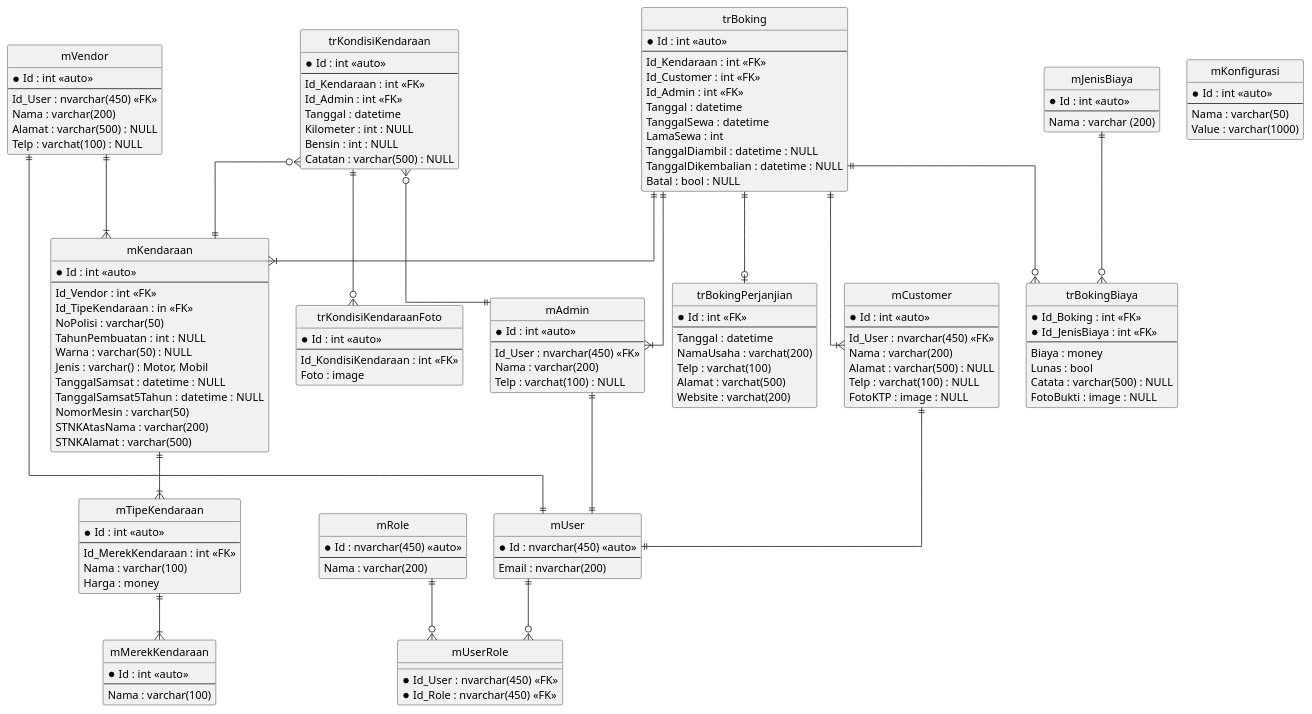
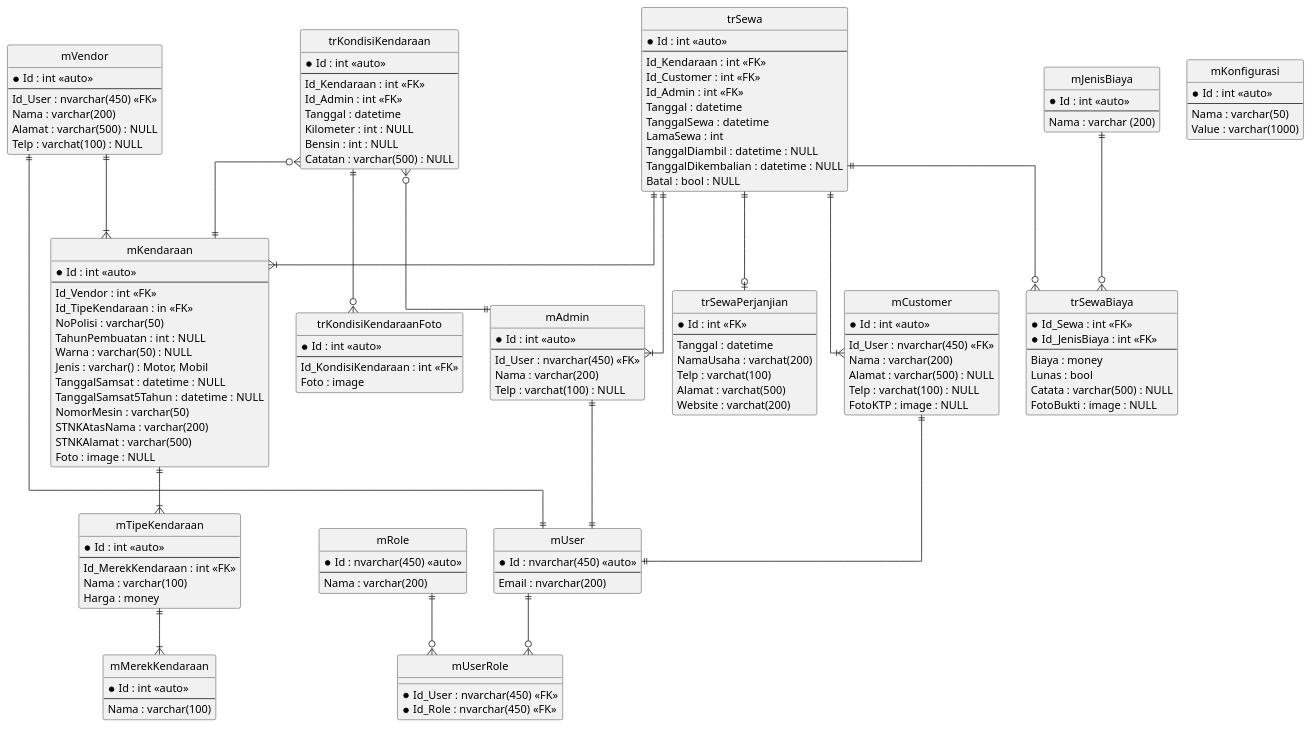
One commit to debayus/rentcar changed the diagram in diagram/8. erd.pu. Above: the diagram before and after it, drawn with PlantUML. The commit also changed 1 other file, not shown here.

```diff
--- a/diagram/8. erd.pu
+++ b/diagram/8. erd.pu
@@ -1,166 +1,167 @@
 @startuml erd
 
 hide circle
 skinparam linetype ortho
 
 entity "mUser" as mUser {
     *Id : nvarchar(450) <<auto>>
     --
     Email : nvarchar(200)
 }
 
 entity "mRole" as mRole {
     *Id : nvarchar(450) <<auto>>
     --
     Nama : varchar(200)
 }
 
 entity "mUserRole" as mUserRole {
     *Id_User : nvarchar(450) <<FK>>
     *Id_Role : nvarchar(450) <<FK>>
 }
 
 entity "mVendor" as mVendor {
     *Id : int <<auto>>
     --
     Id_User : nvarchar(450) <<FK>>
     Nama : varchar(200)
     Alamat : varchar(500) : NULL
     Telp : varchat(100) : NULL
 }
 
 entity "mAdmin" as mAdmin {
     *Id : int <<auto>>
     --
     Id_User : nvarchar(450) <<FK>>
     Nama : varchar(200)
     Telp : varchat(100) : NULL
 }
 
 entity "mCustomer" as mCustomer {
     *Id : int <<auto>>
     --
     Id_User : nvarchar(450) <<FK>>
     Nama : varchar(200)
     Alamat : varchar(500) : NULL
     Telp : varchat(100) : NULL
     FotoKTP : image : NULL
 }
 
 entity "mMerekKendaraan" as mMerekKendaraan {
     *Id : int <<auto>>
     --
     Nama : varchar(100)
 }
 
 entity "mTipeKendaraan" as mTipeKendaraan {
     *Id : int <<auto>>
     --
     Id_MerekKendaraan : int <<FK>>
     Nama : varchar(100)
     Harga : money
 }
 
 entity "mKendaraan" as mKendaraan {
     *Id : int <<auto>>
     --
     Id_Vendor : int <<FK>>
     Id_TipeKendaraan : in <<FK>> 
     NoPolisi : varchar(50)
     TahunPembuatan : int : NULL
     Warna : varchar(50) : NULL
     Jenis : varchar() : Motor, Mobil
     TanggalSamsat : datetime : NULL
     TanggalSamsat5Tahun : datetime : NULL
     NomorMesin : varchar(50)
     STNKAtasNama : varchar(200)
     STNKAlamat : varchar(500)
+    Foto : image : NULL
 }
 
 entity "trKondisiKendaraan" as trKondisiKendaraan {
     *Id : int <<auto>>
     --
     Id_Kendaraan : int <<FK>>
     Id_Admin : int <<FK>>
     Tanggal : datetime
     Kilometer : int : NULL
     Bensin : int : NULL
     Catatan : varchar(500) : NULL
 }
 
 entity "trKondisiKendaraanFoto" as trKondisiKendaraanFoto {
     *Id : int <<auto>>
     --
     Id_KondisiKendaraan : int <<FK>>
     Foto : image
 }
 
-entity "trBoking" as trBoking {
+entity "trSewa" as trSewa {
     *Id : int <<auto>>
     --
     Id_Kendaraan : int <<FK>>
     Id_Customer : int <<FK>>
     Id_Admin : int <<FK>>
     Tanggal : datetime
     TanggalSewa : datetime
     LamaSewa : int
     TanggalDiambil : datetime : NULL
     TanggalDikembalian : datetime : NULL
     Batal : bool : NULL
 }
 
-entity "trBokingPerjanjian" as trBokingPerjanjian {
+entity "trSewaPerjanjian" as trSewaPerjanjian {
     *Id : int <<FK>>
     --
     Tanggal : datetime
     NamaUsaha : varchat(200)
     Telp : varchat(100)
     Alamat : varchat(500)
     Website : varchat(200)
 }
 
-entity "trBokingBiaya" as trBokingBiaya {
-    *Id_Boking : int <<FK>>
+entity "trSewaBiaya" as trSewaBiaya {
+    *Id_Sewa : int <<FK>>
     *Id_JenisBiaya : int <<FK>>
     --
     Biaya : money
     Lunas : bool
     Catata : varchar(500) : NULL
     FotoBukti : image : NULL
 }
 
 entity "mJenisBiaya" as mJenisBiaya {
     *Id : int <<auto>>
     --
     Nama : varchar (200)
 }
 
 entity "mKonfigurasi" as mKonfigurasi {
     *Id : int <<auto>>
     --
     Nama : varchar(50)
     Value : varchar(1000)
 }
 
 mUser ||--o{ mUserRole
 mRole ||--o{ mUserRole
 mVendor ||--|| mUser
 mAdmin ||--|| mUser
 mCustomer ||--|| mUser
 mVendor ||--|{ mKendaraan
 
 trKondisiKendaraan }o--|| mKendaraan
 trKondisiKendaraan }o--|| mAdmin
 trKondisiKendaraan ||--o{ trKondisiKendaraanFoto
 
-trBoking ||--|{ mKendaraan
-trBoking ||--|{ mCustomer
-trBoking ||--|{ mAdmin
-trBoking ||--o| trBokingPerjanjian
-trBoking ||--o{ trBokingBiaya
-mJenisBiaya ||--o{ trBokingBiaya
+trSewa ||--|{ mKendaraan
+trSewa ||--|{ mCustomer
+trSewa ||--|{ mAdmin
+trSewa ||--o| trSewaPerjanjian
+trSewa ||--o{ trSewaBiaya
+mJenisBiaya ||--o{ trSewaBiaya
 
 mKendaraan ||--|{ mTipeKendaraan
 mTipeKendaraan ||--|{ mMerekKendaraan
 
 @enduml
```
